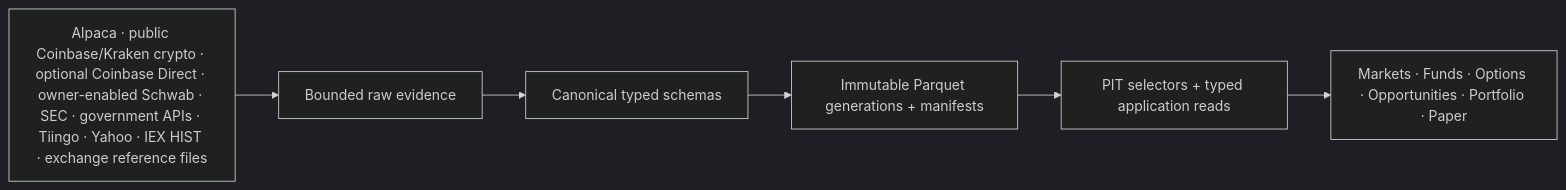
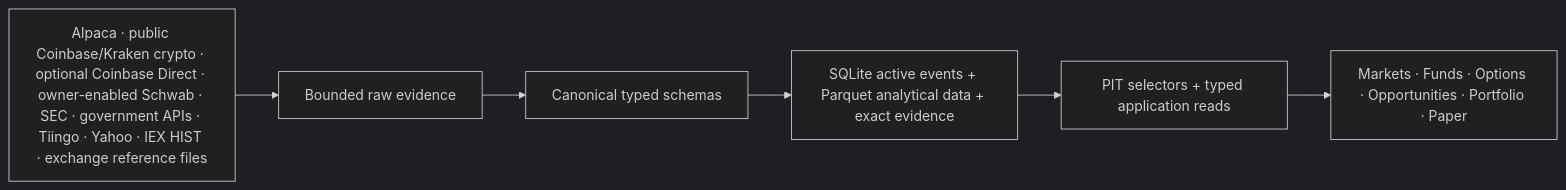
One commit to Sawmonabo/market-squawk changed the second of 4 diagrams in docs/architecture/market-data-provider-architecture.md. Above: the diagram before and after it, drawn with Mermaid (dark theme). The commit also changed other lines of this file and 86 other files, not shown here.

Commit message:
feat(data): store active market events in SQLite with exact evidence [skip ci]

````diff
--- a/docs/architecture/market-data-provider-architecture.md
+++ b/docs/architecture/market-data-provider-architecture.md
@@ -406,11 +406,11 @@
 ```mermaid
 flowchart LR
     Sources["Alpaca · public Coinbase/Kraken crypto · optional Coinbase Direct · owner-enabled Schwab · SEC · government APIs · Tiingo · Yahoo · IEX HIST · exchange reference files"]
     Raw["Bounded raw evidence"]
     Canonical["Canonical typed schemas"]
-    Store["Immutable Parquet generations + manifests"]
+    Store["SQLite active events + Parquet analytical data + exact evidence"]
     Select["PIT selectors + typed application reads"]
     UI["Markets · Funds · Options · Opportunities · Portfolio · Paper"]
 
     Sources --> Raw --> Canonical --> Store --> Select --> UI
 ```
````
